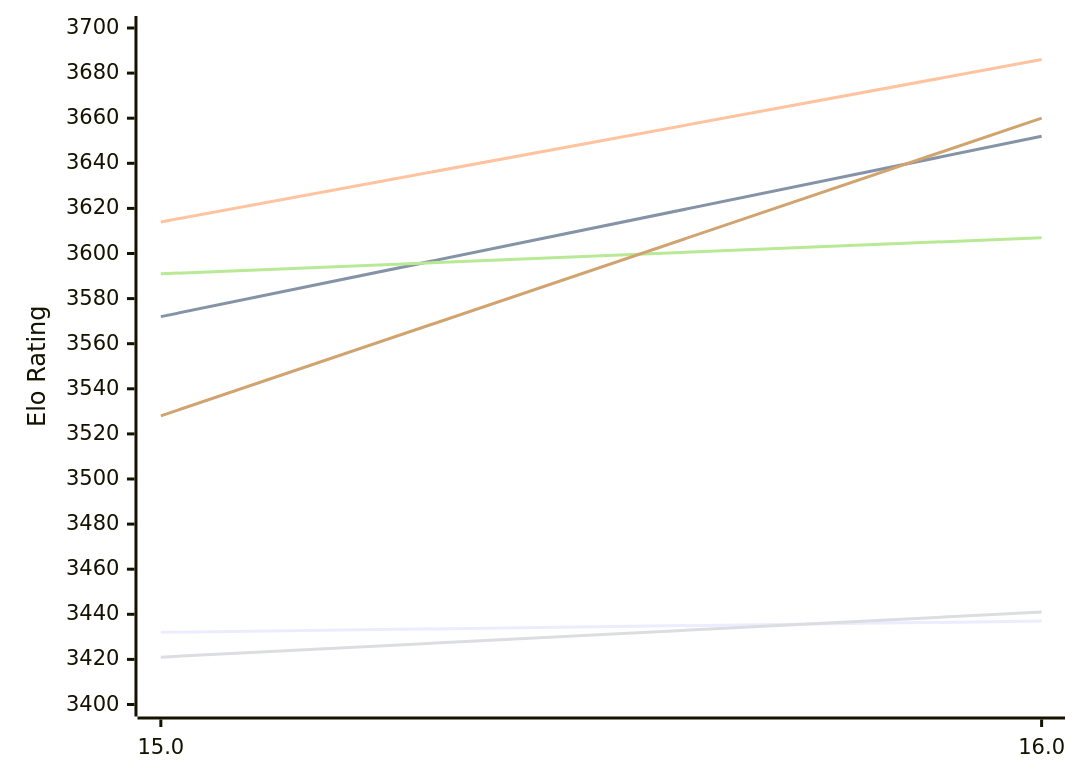
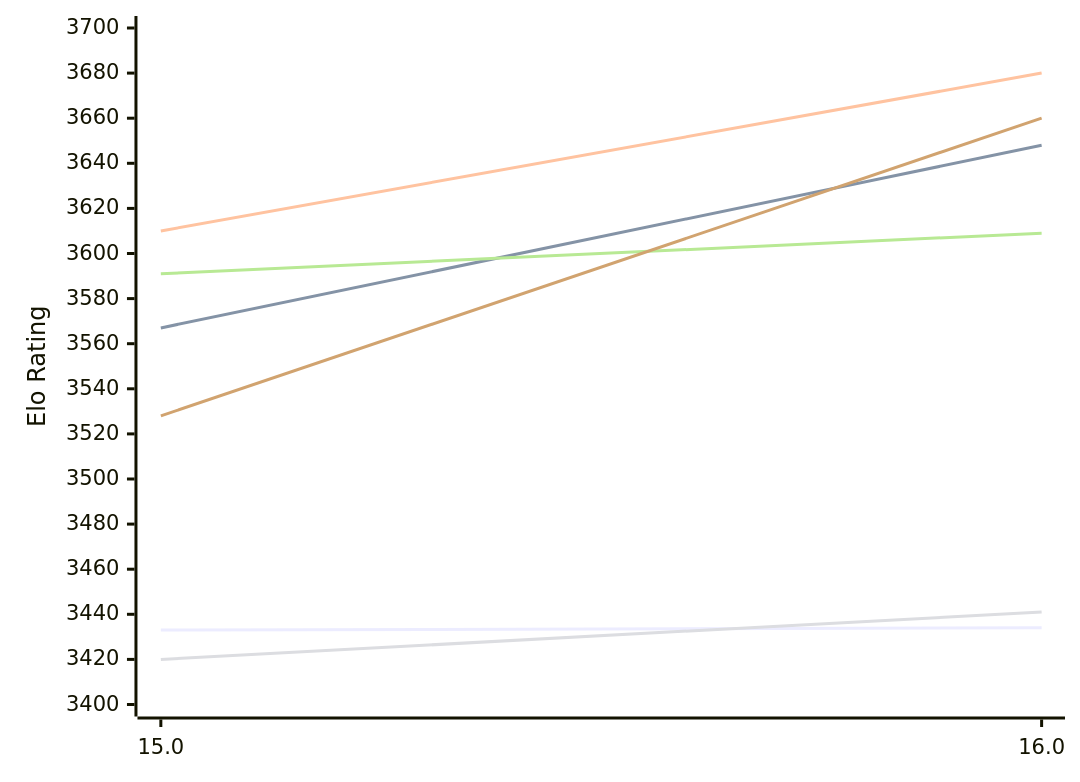
One commit to computer-chess-index/cci changed the first of 2 diagrams in engines/Obsidian.md. Above: the diagram before and after it, drawn with Mermaid. The commit also changed other lines of this file, not shown here.

Commit message:
Update CCI Ratings (ELO VLTC) - 2026-11-26

````diff
--- a/engines/Obsidian.md
+++ b/engines/Obsidian.md
@@ -52,12 +52,12 @@
 ```mermaid
 %%{init: {"theme":"base","themeVariables":{"seriesColors:['#a3a3a3','#222221','#faa371']}}}%%
 xychart-beta
   x-axis ["15.0", "16.0"]
   y-axis "Elo Rating" 3400 --> 3700
-  line "E1: STC (8.0+0.08s)" [3432, 3437]
-  line "E1: LTC (60.0+0.60s)" [3572, 3652]
-  line "E1: VLTC (2m24s+1.12s)" [3614, 3686]
-  line "P1: STC (8.0+0.08s)" [3421, 3441]
-  line "P1: LTC (60.0+0.60s)" [3591, 3607]
+  line "E1: STC (8.0+0.08s)" [3433, 3434]
+  line "E1: LTC (60.0+0.60s)" [3567, 3648]
+  line "E1: VLTC (2m24s+1.12s)" [3610, 3680]
+  line "P1: STC (8.0+0.08s)" [3420, 3441]
+  line "P1: LTC (60.0+0.60s)" [3591, 3609]
   line "P1: VLTC (2m24s+1.12s)" [3528, 3660]
 ```
````
